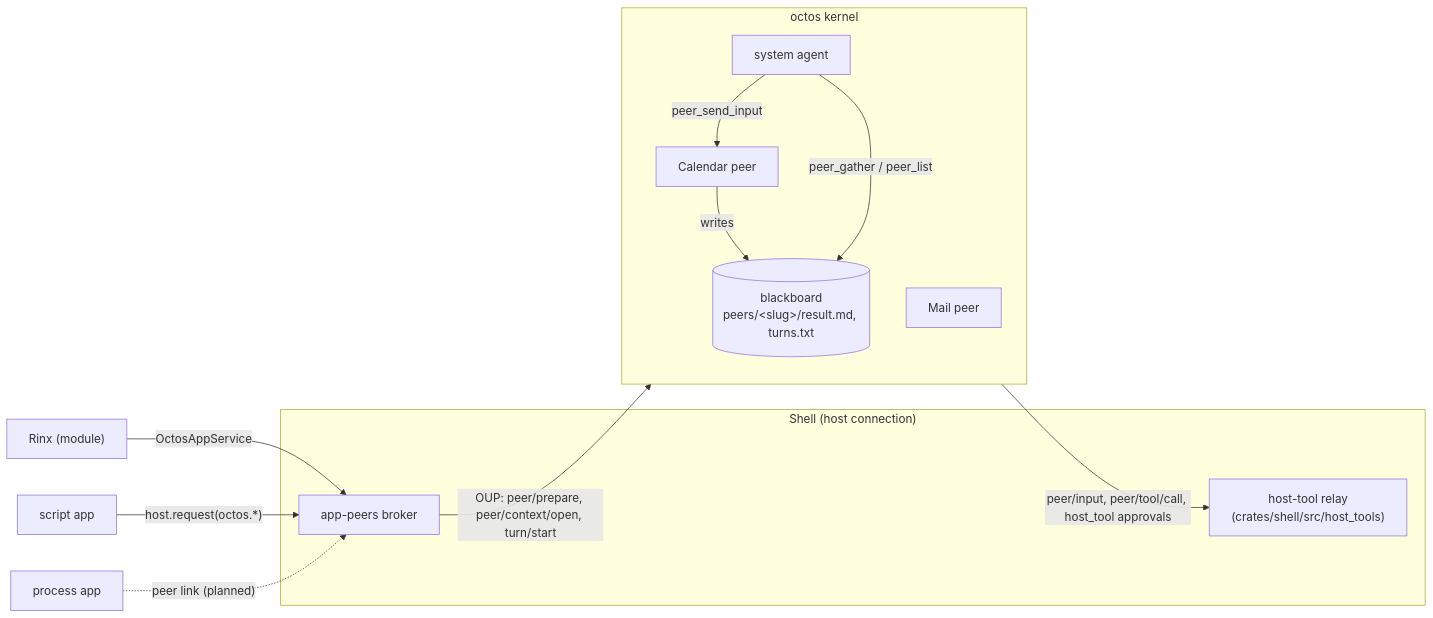
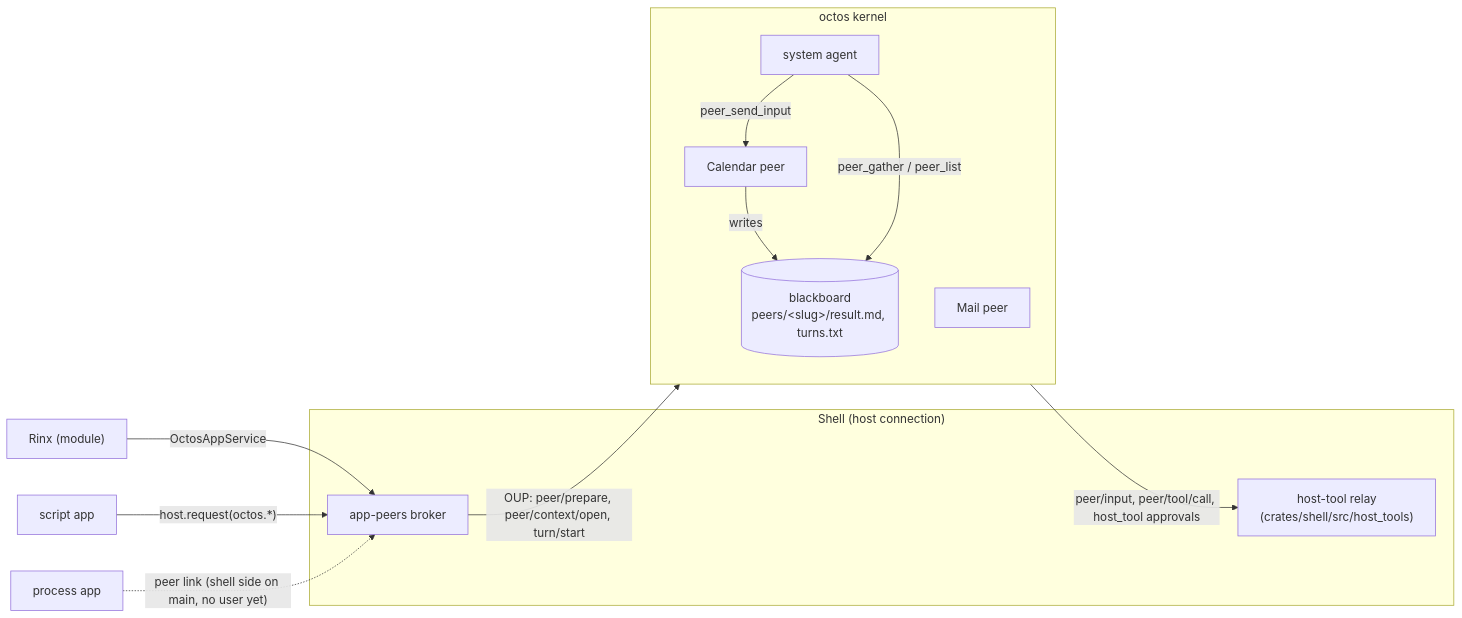
The third of 5 diagrams in docs/architecture.md (OctoSense-org/OctoSense), drawn with Mermaid before and after one commit. The commit also changed other lines of this file and 5 other files, not shown here.

````diff
--- a/docs/architecture.md
+++ b/docs/architecture.md
@@ -193,21 +193,21 @@
 ```mermaid
 flowchart LR
   subgraph shell["Shell (host connection)"]
     broker["app-peers broker"]
     relay["host-tool relay<br/>(crates/shell/src/host_tools)"]
   end
   subgraph kernel["octos kernel"]
     sys["system agent"]
     p1["Calendar peer"]
     p2["Mail peer"]
     bb[("blackboard<br/>peers/&lt;slug&gt;/result.md, turns.txt")]
   end
   rinx["Rinx (module)"] -- "OctosAppService" --> broker
   card["script app"] -- "host.request(octos.*)" --> broker
-  proc["process app"] -. "peer link (planned)" .-> broker
+  proc["process app"] -. "peer link (shell side on main, no user yet)" .-> broker
   broker -- "OUP: peer/prepare, peer/context/open, turn/start" --> kernel
   sys -- "peer_send_input" --> p1
   p1 -- "writes" --> bb
   sys -- "peer_gather / peer_list" --> bb
   kernel -- "peer/input, peer/tool/call, host_tool approvals" --> relay
 ```
````
